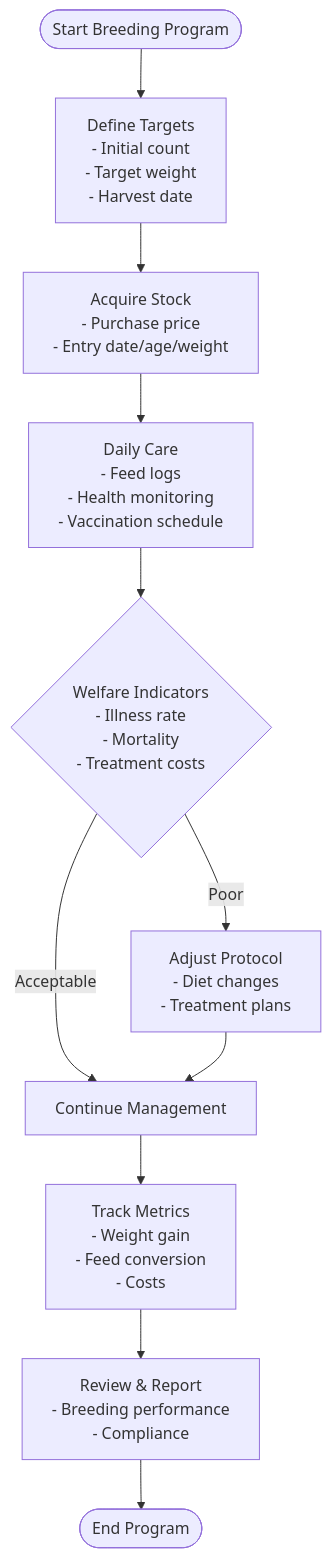
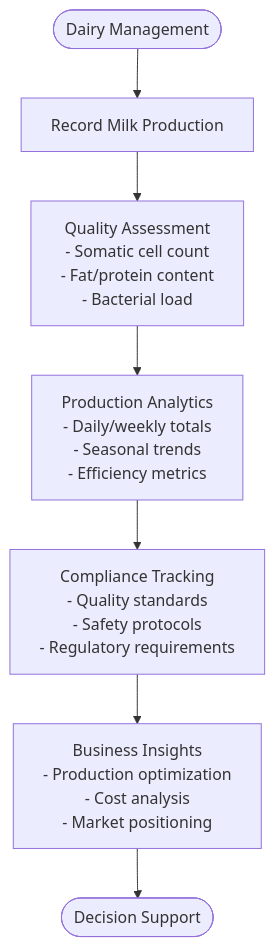
The eighth of 14 diagrams in .qoder/repowiki/en/content/Industry-Specific Modules/Livestock & Agriculture Module/Livestock & Agriculture Module.md (wahyudedik/qalcuityERP), drawn with Mermaid before and after one commit. The commit also changed other lines of this file and 626 other files, not shown here.

````diff
--- a/.qoder/repowiki/en/content/Industry-Specific Modules/Livestock & Agriculture Module/Livestock & Agriculture Module.md
+++ b/.qoder/repowiki/en/content/Industry-Specific Modules/Livestock & Agriculture Module/Livestock & Agriculture Module.md
@@ -513,13 +551,9 @@
 ```mermaid
 flowchart TD
-Start(["Start Breeding Program"]) --> SetGoals["Define Targets<br/>- Initial count<br/>- Target weight<br/>- Harvest date"]
-SetGoals --> AcquireAnimals["Acquire Stock<br/>- Purchase price<br/>- Entry date/age/weight"]
-AcquireAnimals --> DailyCare["Daily Care<br/>- Feed logs<br/>- Health monitoring<br/>- Vaccination schedule"]
-DailyCare --> MonitorWelfare{"Welfare Indicators<br/>- Illness rate<br/>- Mortality<br/>- Treatment costs"}
-MonitorWelfare --> |Poor| AdjustProtocol["Adjust Protocol<br/>- Diet changes<br/>- Treatment plans"]
-MonitorWelfare --> |Acceptable| Continue["Continue Management"]
-AdjustProtocol --> Continue
-Continue --> TrackMetrics["Track Metrics<br/>- Weight gain<br/>- Feed conversion<br/>- Costs"]
-TrackMetrics --> Review["Review & Report<br/>- Breeding performance<br/>- Compliance"]
-Review --> End(["End Program"])
+Start(["Dairy Management"]) --> Record["Record Milk Production"]
+Record --> Quality["Quality Assessment<br/>- Somatic cell count<br/>- Fat/protein content<br/>- Bacterial load"]
+Quality --> Analytics["Production Analytics<br/>- Daily/weekly totals<br/>- Seasonal trends<br/>- Efficiency metrics"]
+Analytics --> Compliance["Compliance Tracking<br/>- Quality standards<br/>- Safety protocols<br/>- Regulatory requirements"]
+Compliance --> Insights["Business Insights<br/>- Production optimization<br/>- Cost analysis<br/>- Market positioning"]
+Insights --> End(["Decision Support"])
 ```
````
